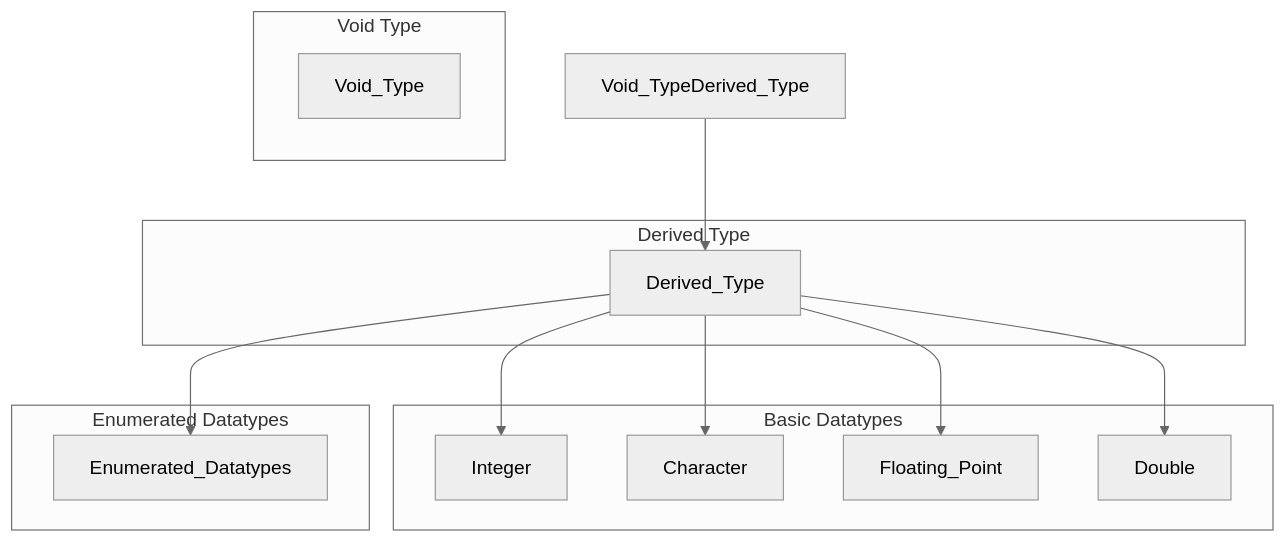
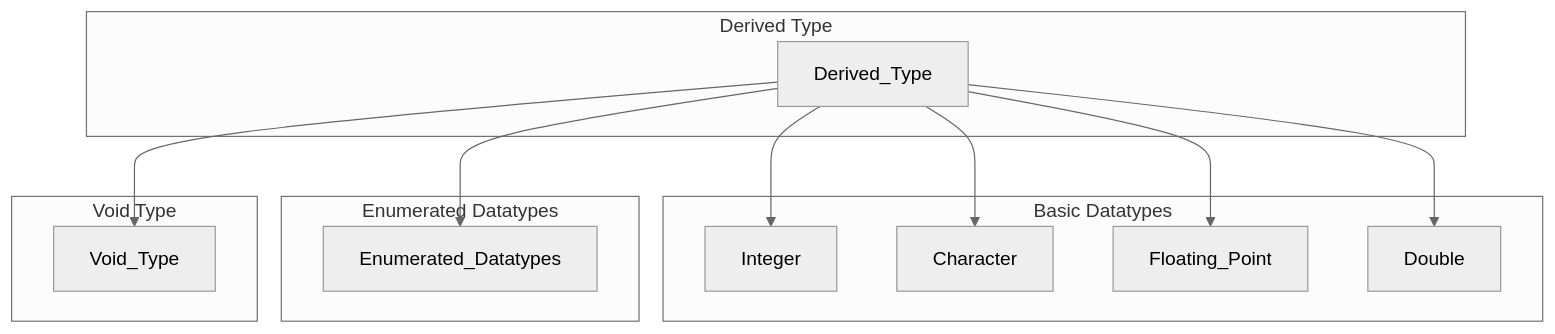
The first of 3 diagrams in src/site/notes/College/Sem IV/DS/DS TEE QB/Intro to DS/ITDS Theory.md (Kratospidey/abyss-of-info), drawn with Mermaid (neutral theme) before and after one commit. The commit also changed other lines of this file, not shown here.

````diff
--- a/src/site/notes/College/Sem IV/DS/DS TEE QB/Intro to DS/ITDS Theory.md
+++ b/src/site/notes/College/Sem IV/DS/DS TEE QB/Intro to DS/ITDS Theory.md
@@ -9,24 +9,24 @@
 ```mermaid
 graph TD;
     subgraph Basic Datatypes
     Integer;
     Character;
     Floating_Point;
     Double;
     end
     subgraph Enumerated Datatypes
     Enumerated_Datatypes;
     end
     subgraph Void Type
     Void_Type;
     end
     subgraph Derived Type
     Derived_Type;
     end
     Derived_Type --> Integer;
     Derived_Type --> Character;
     Derived_Type --> Floating_Point;
     Derived_Type --> Double;
     Derived_Type --> Enumerated_Datatypes;
-    Void_TypeDerived_Type --> Derived_Type;
+    Derived_Type --> Void_Type;
 ```
````
